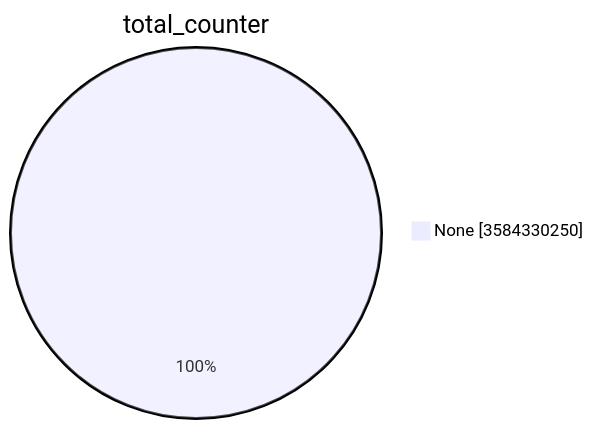
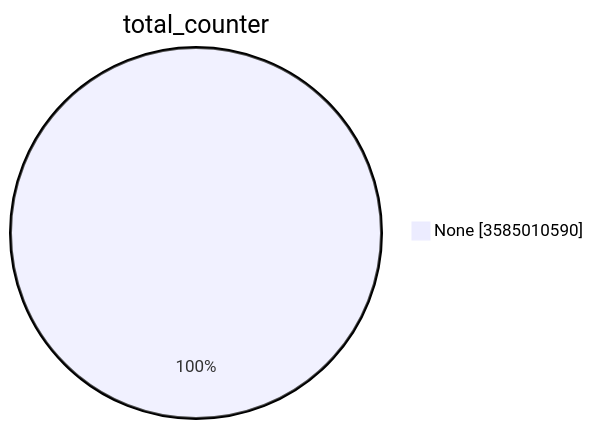
The first of 15 diagrams in TOTAL/README.md (christiankrug/ctmonitor_visualization), drawn with Mermaid before and after one commit. The commit also changed other lines of this file, not shown here.

````diff
--- a/TOTAL/README.md
+++ b/TOTAL/README.md
@@ -1,5 +1,5 @@
 ```mermaid
 pie showData
 title total_counter
-"None" :3584330250
+"None" :3585010590
 ```
````
